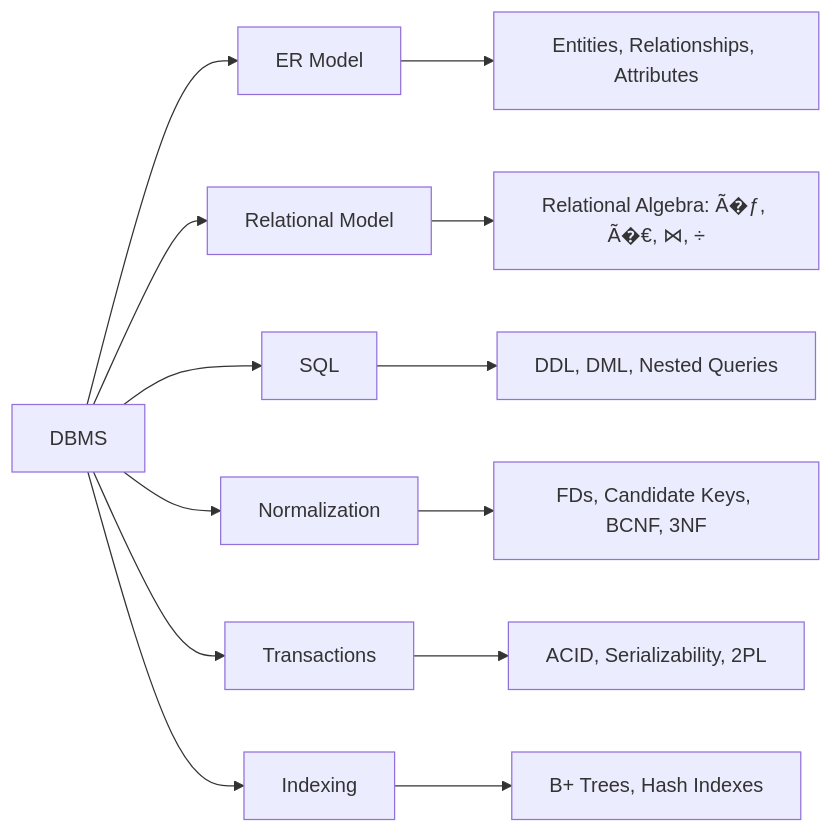
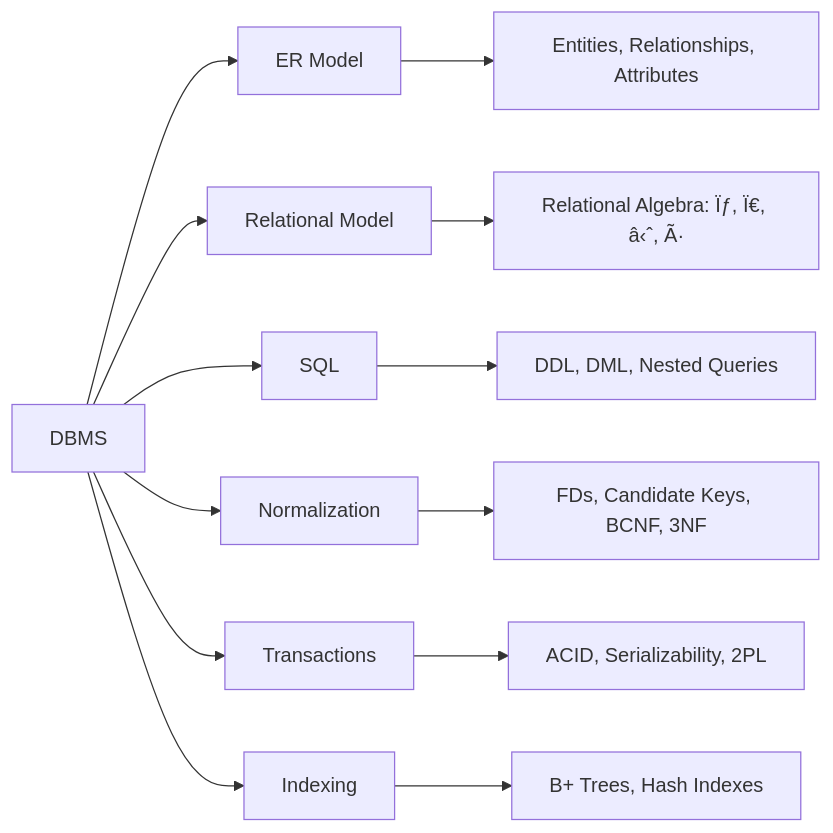
Before and after one commit to Raushan666java/ai-engineering-journey: the second of 2 diagrams in docs/courses/gate-cs-preparation/08-database-management-systems.md, drawn with Mermaid. The commit also changed other lines of this file and 3482 other files, not shown here.

````diff
--- a/docs/courses/gate-cs-preparation/08-database-management-systems.md
+++ b/docs/courses/gate-cs-preparation/08-database-management-systems.md
@@ -2298,15 +2181,15 @@
 ```mermaid
 flowchart LR
     A[DBMS] --> B[ER Model]
     A --> C[Relational Model]
     A --> D[SQL]
     A --> E[Normalization]
     A --> F[Transactions]
     A --> G[Indexing]
     B --> B1[Entities, Relationships, Attributes]
-    C --> C1[Relational Algebra: Ã�ƒ, Ã�€, ⋈, ÷]
+    C --> C1[Relational Algebra: Ïƒ, Ï€, â‹ˆ, Ã·]
     D --> D1[DDL, DML, Nested Queries]
     E --> E1[FDs, Candidate Keys, BCNF, 3NF]
     F --> F1[ACID, Serializability, 2PL]
     G --> G1[B+ Trees, Hash Indexes]
 ```
````
